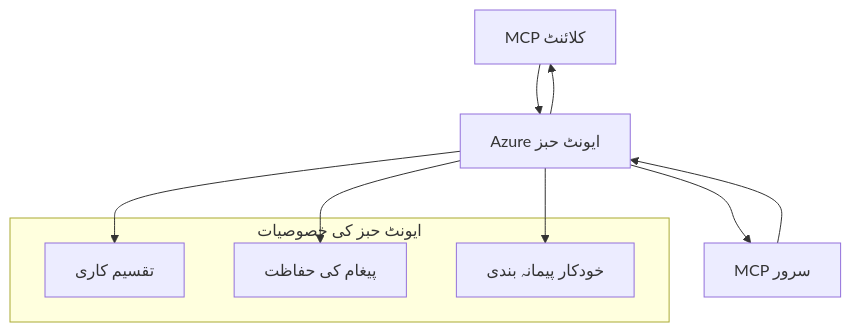
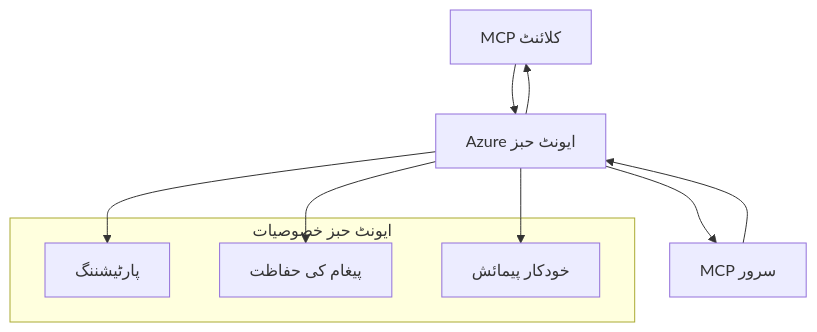
One commit to HIDORAKAI002/ai-workspace-archive changed the second of 2 diagrams in mcp_ecosystem__model_context_protocol/mcp_learning_resources/mcp-for-beginners/translations/ur/05-AdvancedTopics/mcp-transport/README.md. Above: the diagram before and after it, drawn with Mermaid. The commit also changed other lines of this file and 1539 other files, not shown here.

````diff
--- a/mcp_ecosystem__model_context_protocol/mcp_learning_resources/mcp-for-beginners/translations/ur/05-AdvancedTopics/mcp-transport/README.md
+++ b/mcp_ecosystem__model_context_protocol/mcp_learning_resources/mcp-for-beginners/translations/ur/05-AdvancedTopics/mcp-transport/README.md
@@ -269,17 +270,17 @@
 ```mermaid
 graph TB
     Client[MCP کلائنٹ] --> EH[Azure ایونٹ حبز]
     EH --> Server[MCP سرور]
     Server --> EH
     EH --> Client
     
-    subgraph "ایونٹ حبز کی خصوصیات"
-        Partition[تقسیم کاری]
+    subgraph "ایونٹ حبز خصوصیات"
+        Partition[پارٹیشننگ]
         Retention[پیغام کی حفاظت]
-        Scaling[خودکار پیمانہ بندی]
+        Scaling[خودکار پیمائش]
     end
     
     EH --> Partition
     EH --> Retention
     EH --> Scaling
 ```
````
